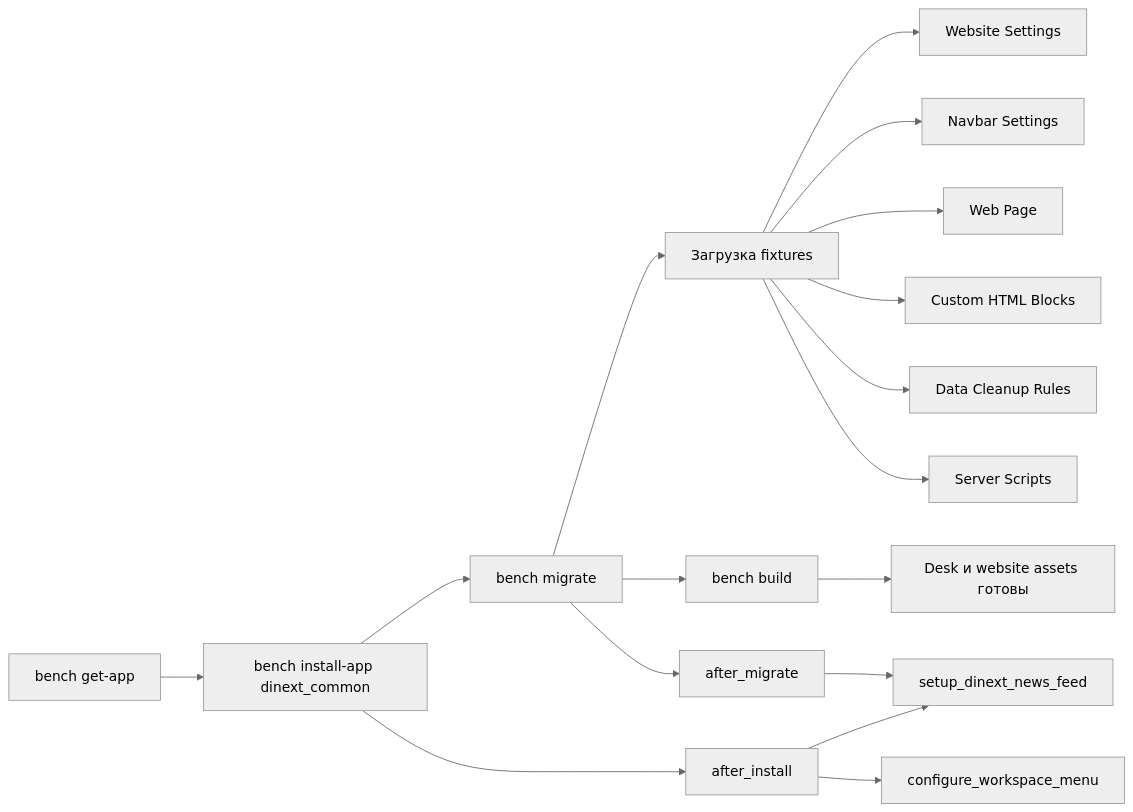
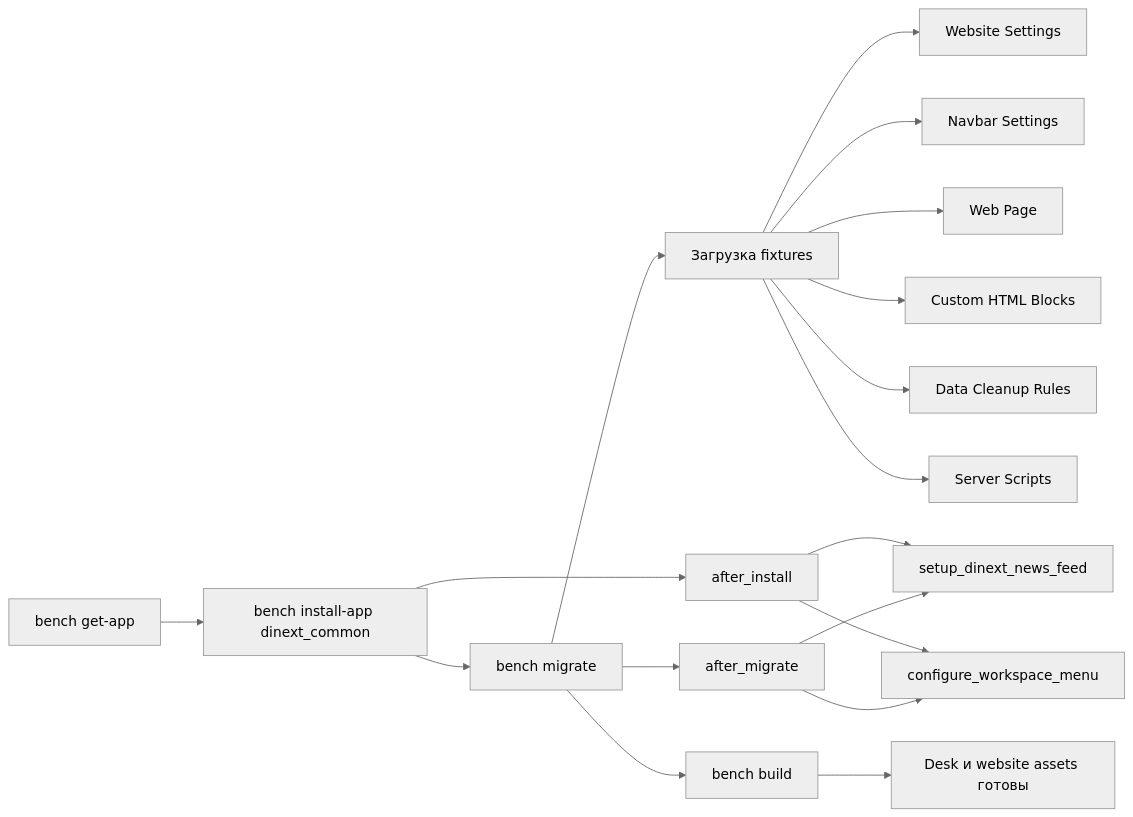
Before and after one commit to Dinext-pro/dinext-common: the first of 5 diagrams in README.md, drawn with Mermaid (neutral theme). The commit also changed other lines of this file and 19 other files, not shown here.

````diff
--- a/README.md
+++ b/README.md
@@ -570,19 +590,20 @@
 ```mermaid
 flowchart LR
   getApp["bench get-app"] --> installApp["bench install-app dinext_common"]
   installApp --> migrate["bench migrate"]
   migrate --> fixtures["Загрузка fixtures"]
   fixtures --> website["Website Settings"]
   fixtures --> navbar["Navbar Settings"]
   fixtures --> homepage["Web Page"]
   fixtures --> hubBlocks["Custom HTML Blocks"]
   fixtures --> cleanupRules["Data Cleanup Rules"]
   fixtures --> serverScripts["Server Scripts"]
   installApp --> afterInstall["after_install"]
   afterInstall --> workspaceMenu["configure_workspace_menu"]
   afterInstall --> newsSetup["setup_dinext_news_feed"]
   migrate --> afterMigrate["after_migrate"]
   afterMigrate --> newsSetup
+  afterMigrate --> workspaceMenu
   migrate --> build["bench build"]
   build --> assets["Desk и website assets готовы"]
 ```
````
